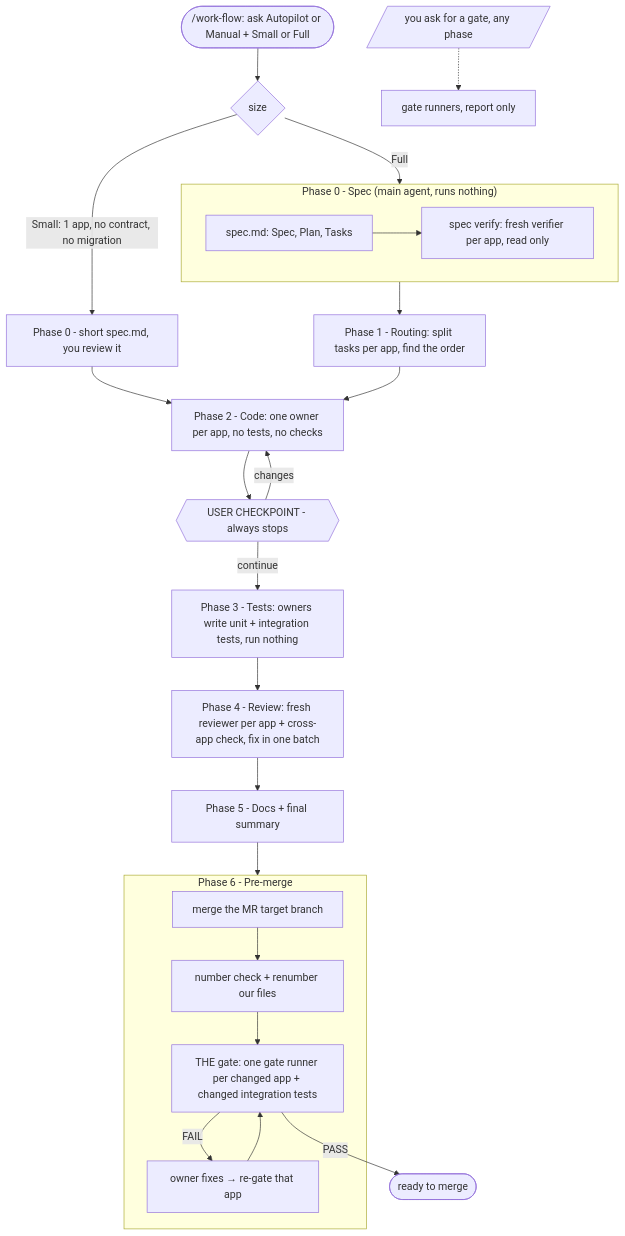
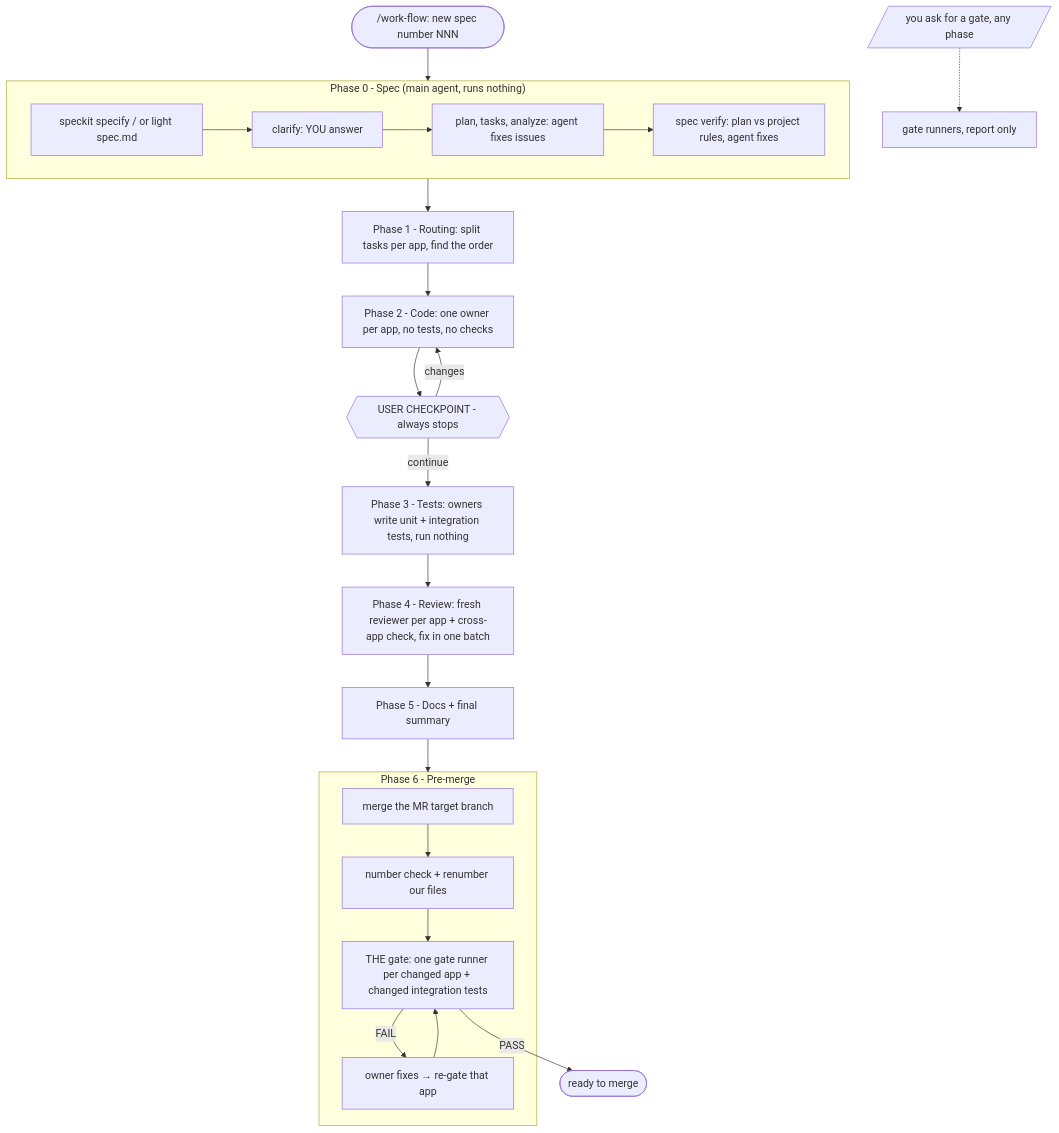
Before and after one commit to naphatwx/naphatwx-tools: the diagram in plugins/naphatwx-tools/skills/work-flow/README.md, drawn with Mermaid. The commit also changed other lines of this file and 11 other files, not shown here.

````diff
--- a/plugins/naphatwx-tools/skills/work-flow/README.md
+++ b/plugins/naphatwx-tools/skills/work-flow/README.md
@@ -21,31 +21,28 @@
 ```mermaid
 flowchart TD
-    START([/work-flow: ask Autopilot or Manual + Small or Full]) --> SZ{size}
-
-    SZ -->|Small: 1 app, no contract, no migration| S0[Phase 0 - short spec.md, you review it]
-    S0 --> P2
-
-    SZ -->|Full| P0
+    START([/work-flow: new spec number NNN]) --> P0
     subgraph P0["Phase 0 - Spec (main agent, runs nothing)"]
-        LS[spec.md: Spec, Plan, Tasks] --> VER[spec verify: fresh verifier per app, read only]
+        SK[speckit specify / or light spec.md] --> CL[clarify: YOU answer]
+        CL --> PT[plan, tasks, analyze: agent fixes issues]
+        PT --> VER[spec verify: plan vs project rules, agent fixes]
     end
 
     P0 --> P1[Phase 1 - Routing: split tasks per app, find the order]
     P1 --> P2[Phase 2 - Code: one owner per app, no tests, no checks]
     P2 --> CP{{USER CHECKPOINT - always stops}}
     CP -->|changes| P2
     CP -->|continue| P3[Phase 3 - Tests: owners write unit + integration tests, run nothing]
     P3 --> P4[Phase 4 - Review: fresh reviewer per app + cross-app check, fix in one batch]
     P4 --> P5[Phase 5 - Docs + final summary]
     P5 --> P6
 
     subgraph P6["Phase 6 - Pre-merge"]
         M[merge the MR target branch] --> N[number check + renumber our files]
         N --> G[THE gate: one gate runner per changed app + changed integration tests]
         G -->|FAIL| F[owner fixes → re-gate that app]
         F --> G
     end
 
     G -->|PASS| DONE([ready to merge])
     ASK[/you ask for a gate, any phase/] -.-> ON[gate runners, report only]
 ```
````
